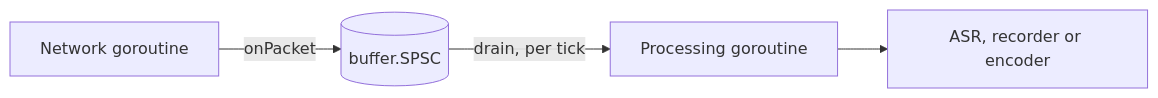
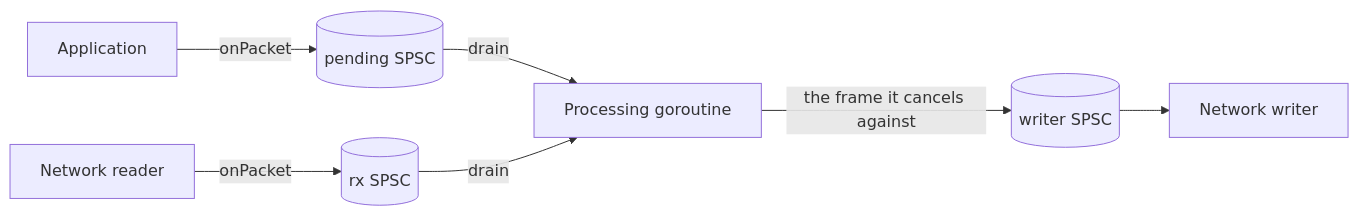
The first of 2 diagrams in docs/usage.md (danieldonoghue/govoip-dsp), drawn with Mermaid before and after one commit. The commit also changed other lines of this file and 3 other files, not shown here.

````diff
--- a/docs/usage.md
+++ b/docs/usage.md
@@ -81,6 +133,9 @@
 ```mermaid
 flowchart LR
-  net[Network goroutine] -- onPacket --> rx[(buffer.SPSC)]
-  rx -- drain, per tick --> proc[Processing goroutine]
-  proc --> sink[ASR, recorder or encoder]
+  app[Application] -- onPacket --> pend[(pending SPSC)]
+  rd[Network reader] -- onPacket --> rx[(rx SPSC)]
+  pend -- drain --> proc[Processing goroutine]
+  rx -- drain --> proc
+  proc -- the frame it cancels against --> tow[(writer SPSC)]
+  tow --> wr[Network writer]
 ```
````
